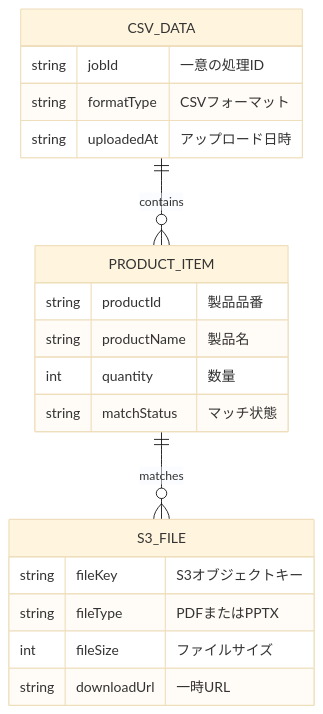
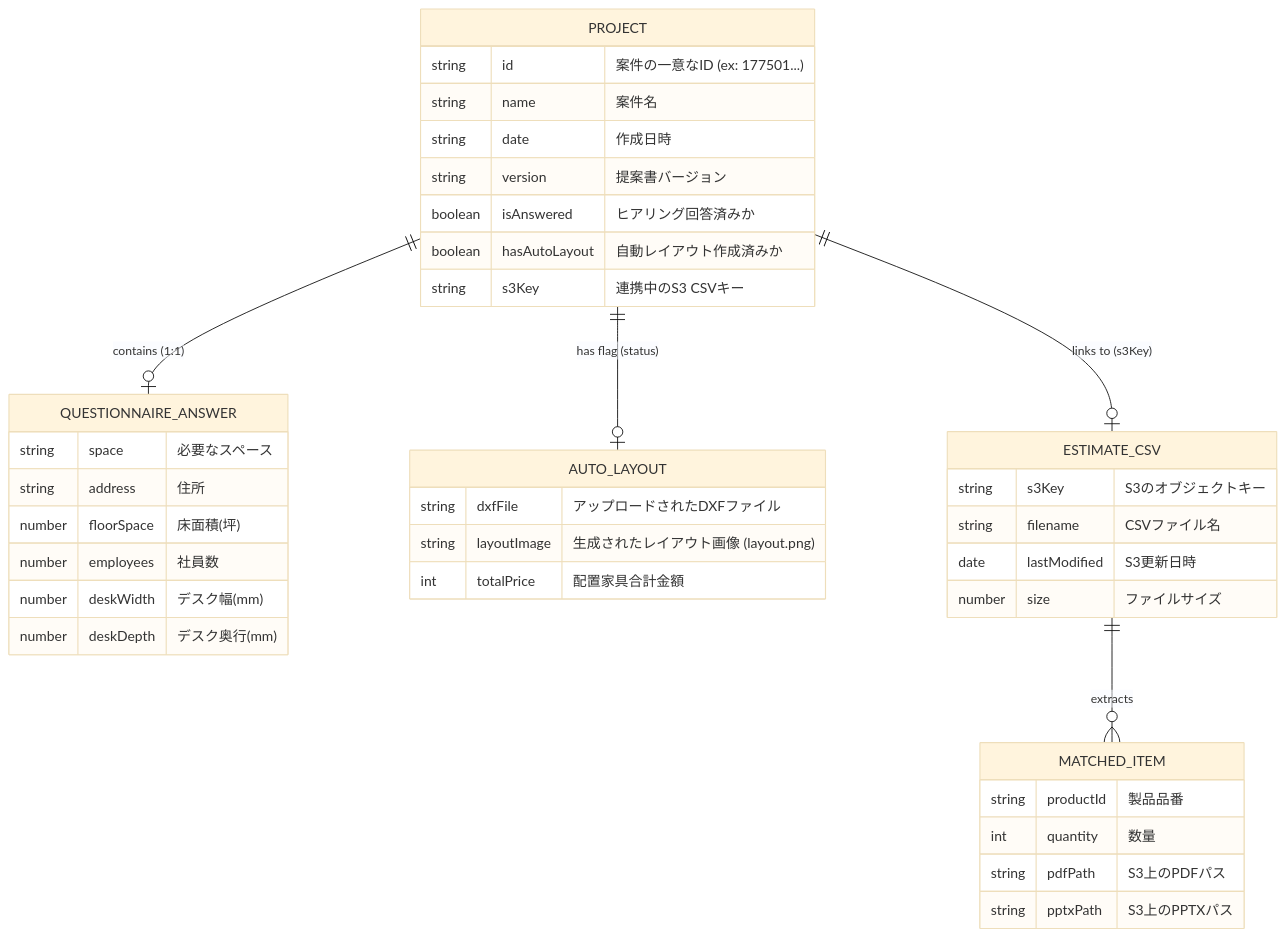
Before and after one commit to yuma-oliver/TeianDemo: the diagram in docs/architecture/class_diagram.md, drawn with Mermaid (base theme). The commit also changed other lines of this file and 84 other files, not shown here.

````diff
--- a/docs/architecture/class_diagram.md
+++ b/docs/architecture/class_diagram.md
@@ -7,25 +8,47 @@
 ```mermaid
 erDiagram
-    CSV_DATA ||--o{ PRODUCT_ITEM : contains
-    PRODUCT_ITEM ||--o{ S3_FILE : matches
+    PROJECT ||--o| QUESTIONNAIRE_ANSWER : "contains (1:1)"
+    PROJECT ||--o| AUTO_LAYOUT : "has flag (status)"
+    PROJECT ||--o| ESTIMATE_CSV : "links to (s3Key)"
     
-    CSV_DATA {
-        string jobId "一意の処理ID"
-        string formatType "CSVフォーマット"
-        string uploadedAt "アップロード日時"
+    ESTIMATE_CSV ||--o{ MATCHED_ITEM : "extracts"
+
+    PROJECT {
+        string id "案件の一意なID (ex: 177501...)"
+        string name "案件名"
+        string date "作成日時"
+        string version "提案書バージョン"
+        boolean isAnswered "ヒアリング回答済みか"
+        boolean hasAutoLayout "自動レイアウト作成済みか"
+        string s3Key "連携中のS3 CSVキー"
+    }
+
+    QUESTIONNAIRE_ANSWER {
+        string space "必要なスペース"
+        string address "住所"
+        number floorSpace "床面積(坪)"
+        number employees "社員数"
+        number deskWidth "デスク幅(mm)"
+        number deskDepth "デスク奥行(mm)"
     }
     
-    PRODUCT_ITEM {
-        string productId "製品品番"
-        string productName "製品名"
-        int quantity "数量"
-        string matchStatus "マッチ状態"
+    AUTO_LAYOUT {
+        string dxfFile "アップロードされたDXFファイル"
+        string layoutImage "生成されたレイアウト画像 (layout.png)"
+        int totalPrice "配置家具合計金額"
+    }
+
+    ESTIMATE_CSV {
+        string s3Key "S3のオブジェクトキー"
+        string filename "CSVファイル名"
+        date lastModified "S3更新日時"
+        number size "ファイルサイズ"
     }
     
-    S3_FILE {
-        string fileKey "S3オブジェクトキー"
-        string fileType "PDFまたはPPTX"
-        int fileSize "ファイルサイズ"
-        string downloadUrl "一時URL"
+    MATCHED_ITEM {
+        string productId "製品品番"
+        int quantity "数量"
+        string pdfPath "S3上のPDFパス"
+        string pptxPath "S3上のPPTXパス"
     }
 ```
````
